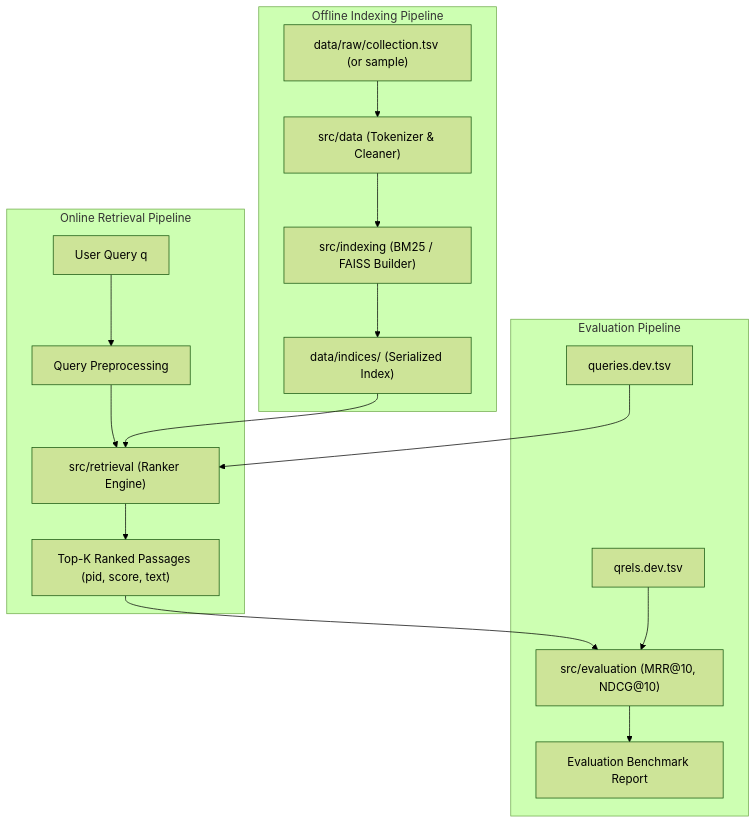
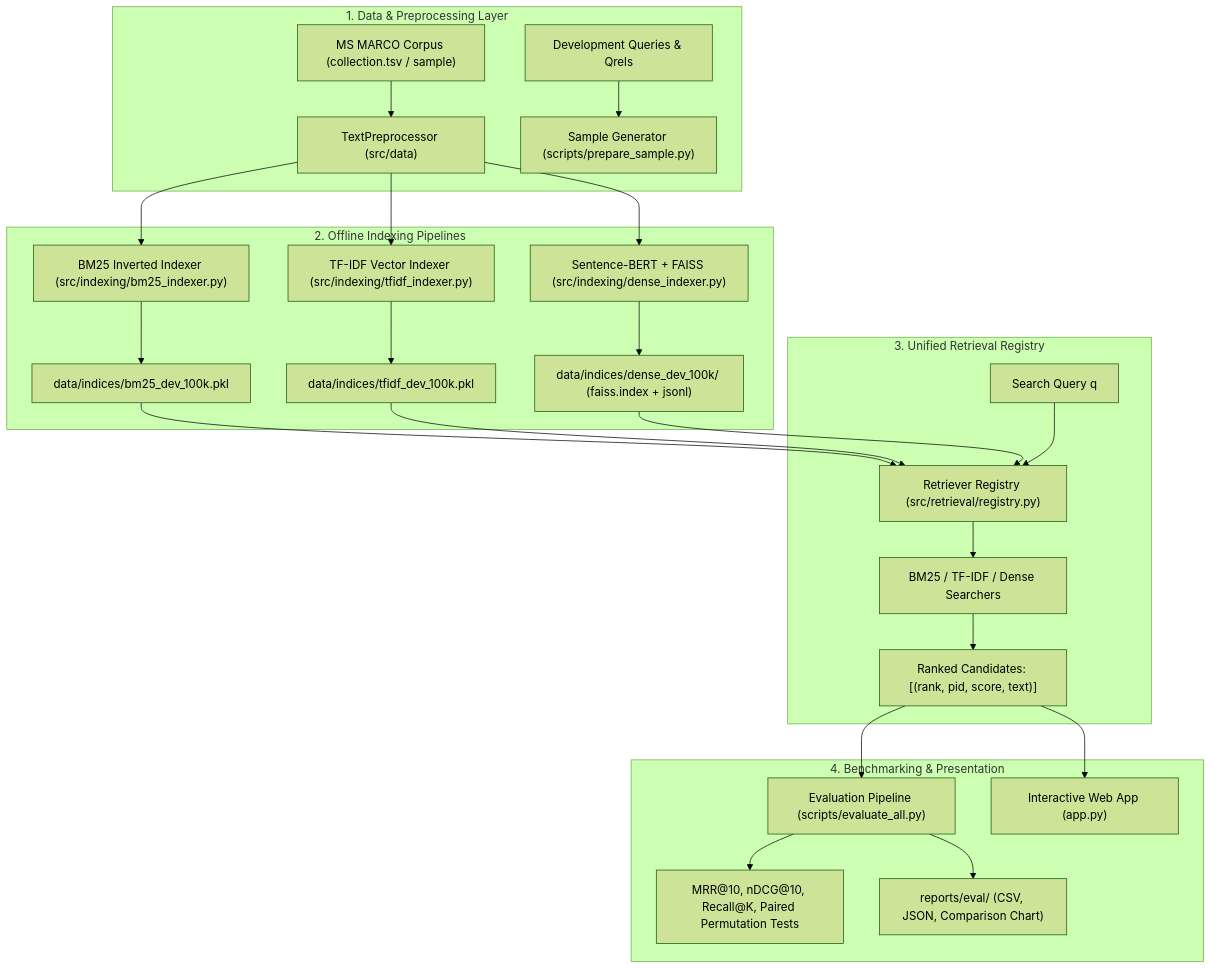
The diagram in README.md (SharadhamGupta/Passage-Retrieval-Using-MS-MARCO), drawn with Mermaid (forest theme) before and after one commit. The commit also changed other lines of this file, not shown here.

````diff
--- a/README.md
+++ b/README.md
@@ -66,22 +19,32 @@
 ```mermaid
 flowchart TD
-    subgraph Offline_Indexing ["Offline Indexing Pipeline"]
-        RawData["data/raw/collection.tsv (or sample)"] --> Preproc["src/data (Tokenizer & Cleaner)"]
-        Preproc --> Indexer["src/indexing (BM25 / FAISS Builder)"]
-        Indexer --> SavedIndex["data/indices/ (Serialized Index)"]
+    subgraph Data_Layer ["1. Data & Preprocessing Layer"]
+        Raw["MS MARCO Corpus (collection.tsv / sample)"] --> Cleaner["TextPreprocessor (src/data)"]
+        Queries["Development Queries & Qrels"] --> Splitter["Sample Generator (scripts/prepare_sample.py)"]
     end
 
-    subgraph Online_Query ["Online Retrieval Pipeline"]
-        UserQuery["User Query q"] --> QueryPreproc["Query Preprocessing"]
-        QueryPreproc --> Searcher["src/retrieval (Ranker Engine)"]
-        SavedIndex --> Searcher
-        Searcher --> TopK["Top-K Ranked Passages (pid, score, text)"]
+    subgraph Indexing_Layer ["2. Offline Indexing Pipelines"]
+        Cleaner --> BM25Build["BM25 Inverted Indexer (src/indexing/bm25_indexer.py)"]
+        Cleaner --> TFIDFBuild["TF-IDF Vector Indexer (src/indexing/tfidf_indexer.py)"]
+        Cleaner --> DenseBuild["Sentence-BERT + FAISS (src/indexing/dense_indexer.py)"]
+        BM25Build --> BM25Idx["data/indices/bm25_dev_100k.pkl"]
+        TFIDFBuild --> TFIDFIdx["data/indices/tfidf_dev_100k.pkl"]
+        DenseBuild --> DenseIdx["data/indices/dense_dev_100k/ (faiss.index + jsonl)"]
     end
 
-    subgraph Evaluation_Loop ["Evaluation Pipeline"]
-        DevQueries["queries.dev.tsv"] --> Searcher
-        TopK --> EvalModule["src/evaluation (MRR@10, NDCG@10)"]
-        Qrels["qrels.dev.tsv"] --> EvalModule
-        EvalModule --> Report["Evaluation Benchmark Report"]
+    subgraph Retrieval_Layer ["3. Unified Retrieval Registry"]
+        BM25Idx --> Reg["Retriever Registry (src/retrieval/registry.py)"]
+        TFIDFIdx --> Reg
+        DenseIdx --> Reg
+        UserQ["Search Query q"] --> Reg
+        Reg --> Searchers["BM25 / TF-IDF / Dense Searchers"]
+        Searchers --> TopK["Ranked Candidates: [(rank, pid, score, text)]"]
+    end
+
+    subgraph Evaluation_UI ["4. Benchmarking & Presentation"]
+        TopK --> EvalPipe["Evaluation Pipeline (scripts/evaluate_all.py)"]
+        TopK --> StreamlitApp["Interactive Web App (app.py)"]
+        EvalPipe --> Metrics["MRR@10, nDCG@10, Recall@K, Paired Permutation Tests"]
+        EvalPipe --> Reports["reports/eval/ (CSV, JSON, Comparison Chart)"]
     end
 ```
````
